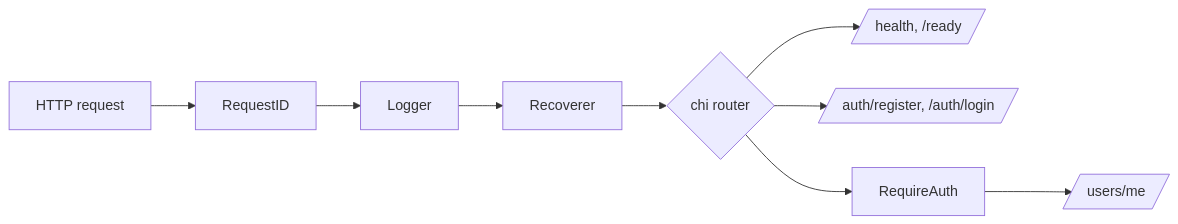
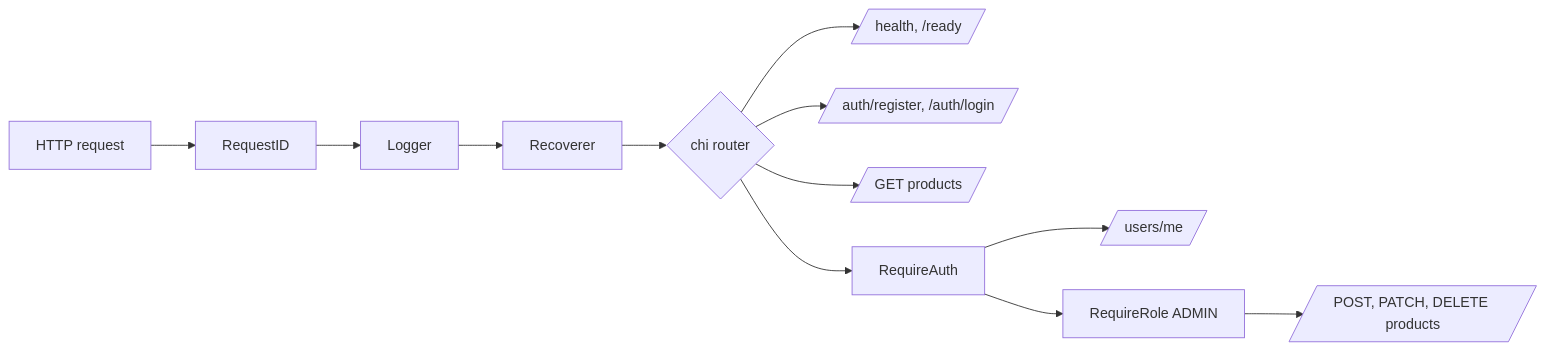
Before and after one commit to BasavarajBankolli/inventory-order-engine: the second of 2 diagrams in README.md, drawn with Mermaid. The commit also changed other lines of this file and 16 other files, not shown here.

````diff
--- a/README.md
+++ b/README.md
@@ -32,7 +32,9 @@
 ```mermaid
 flowchart LR
     req[HTTP request] --> rid[RequestID] --> log[Logger] --> rec[Recoverer] --> router{chi router}
     router --> h[/health, /ready/]
     router --> pub[/auth/register, /auth/login/]
+    router --> pubp[/GET products/]
     router --> ra[RequireAuth] --> me[/users/me/]
+    ra --> rr[RequireRole ADMIN] --> adm[/POST, PATCH, DELETE products/]
 ```
````
